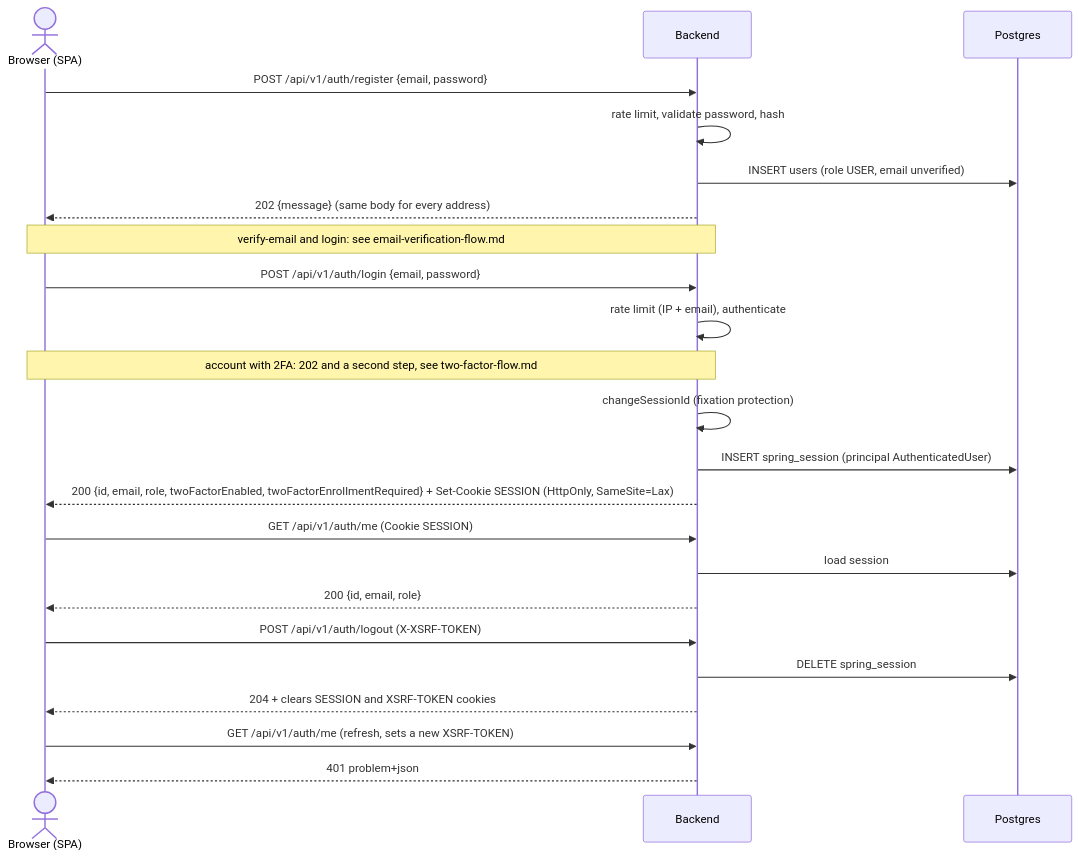
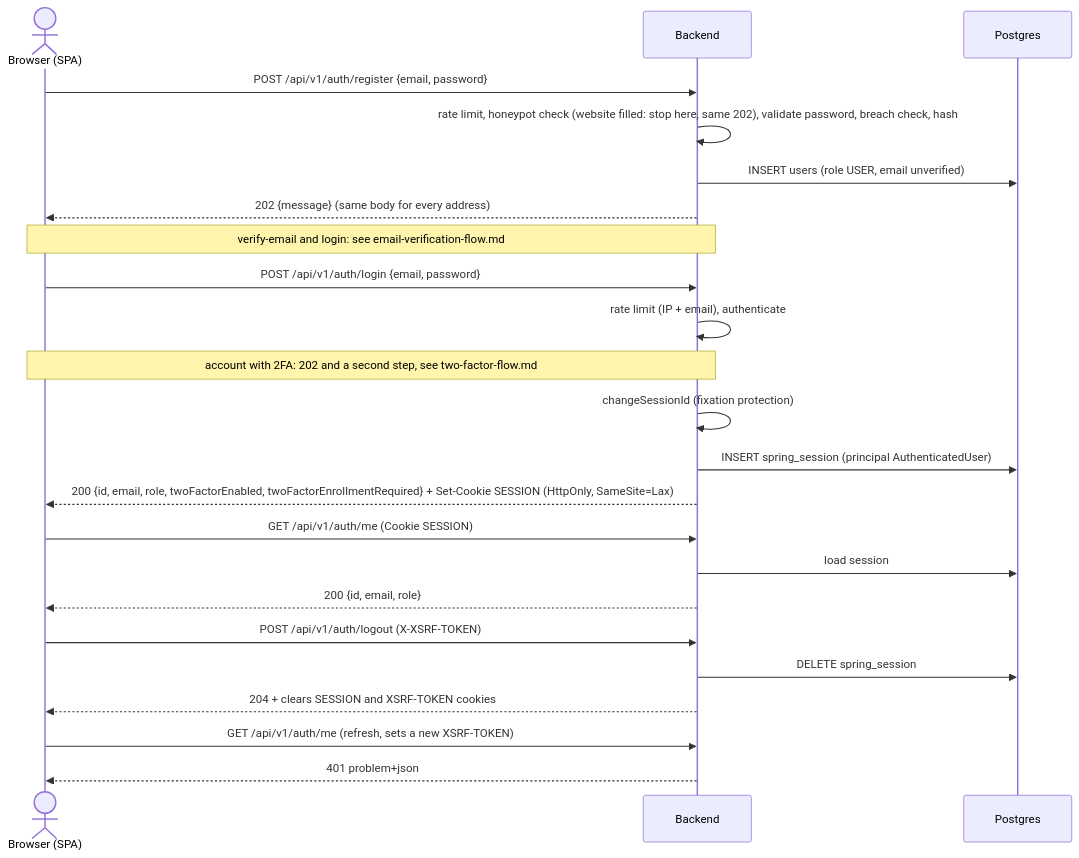
Before and after one commit to makeitfine-org/phrasal: the first of 3 diagrams in docs/diagrams/auth-flow.md, drawn with Mermaid. The commit also changed other lines of this file and 14 other files, not shown here.

````diff
--- a/docs/diagrams/auth-flow.md
+++ b/docs/diagrams/auth-flow.md
@@ -7,29 +7,29 @@
 ```mermaid
 sequenceDiagram
     actor U as Browser (SPA)
     participant B as Backend
     participant DB as Postgres
 
     U->>B: POST /api/v1/auth/register {email, password}
-    B->>B: rate limit, validate password, hash
+    B->>B: rate limit, honeypot check (website filled: stop here, same 202), validate password, breach check, hash
     B->>DB: INSERT users (role USER, email unverified)
     B-->>U: 202 {message} (same body for every address)
     Note over U,B: verify-email and login: see email-verification-flow.md
 
     U->>B: POST /api/v1/auth/login {email, password}
     B->>B: rate limit (IP + email), authenticate
     Note over U,B: account with 2FA: 202 and a second step, see two-factor-flow.md
     B->>B: changeSessionId (fixation protection)
     B->>DB: INSERT spring_session (principal AuthenticatedUser)
     B-->>U: 200 {id, email, role, twoFactorEnabled, twoFactorEnrollmentRequired} + Set-Cookie SESSION (HttpOnly, SameSite=Lax)
 
     U->>B: GET /api/v1/auth/me (Cookie SESSION)
     B->>DB: load session
     B-->>U: 200 {id, email, role}
 
     U->>B: POST /api/v1/auth/logout (X-XSRF-TOKEN)
     B->>DB: DELETE spring_session
     B-->>U: 204 + clears SESSION and XSRF-TOKEN cookies
     U->>B: GET /api/v1/auth/me (refresh, sets a new XSRF-TOKEN)
     B-->>U: 401 problem+json
 ```
````
